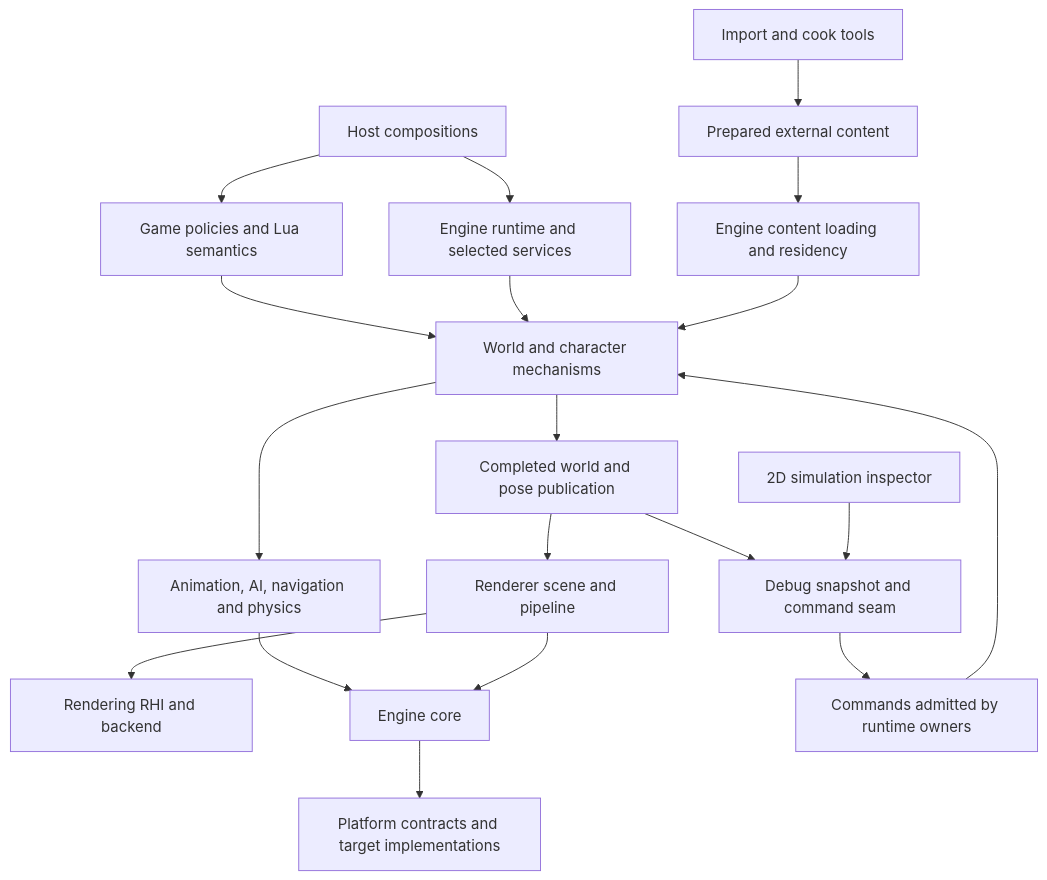
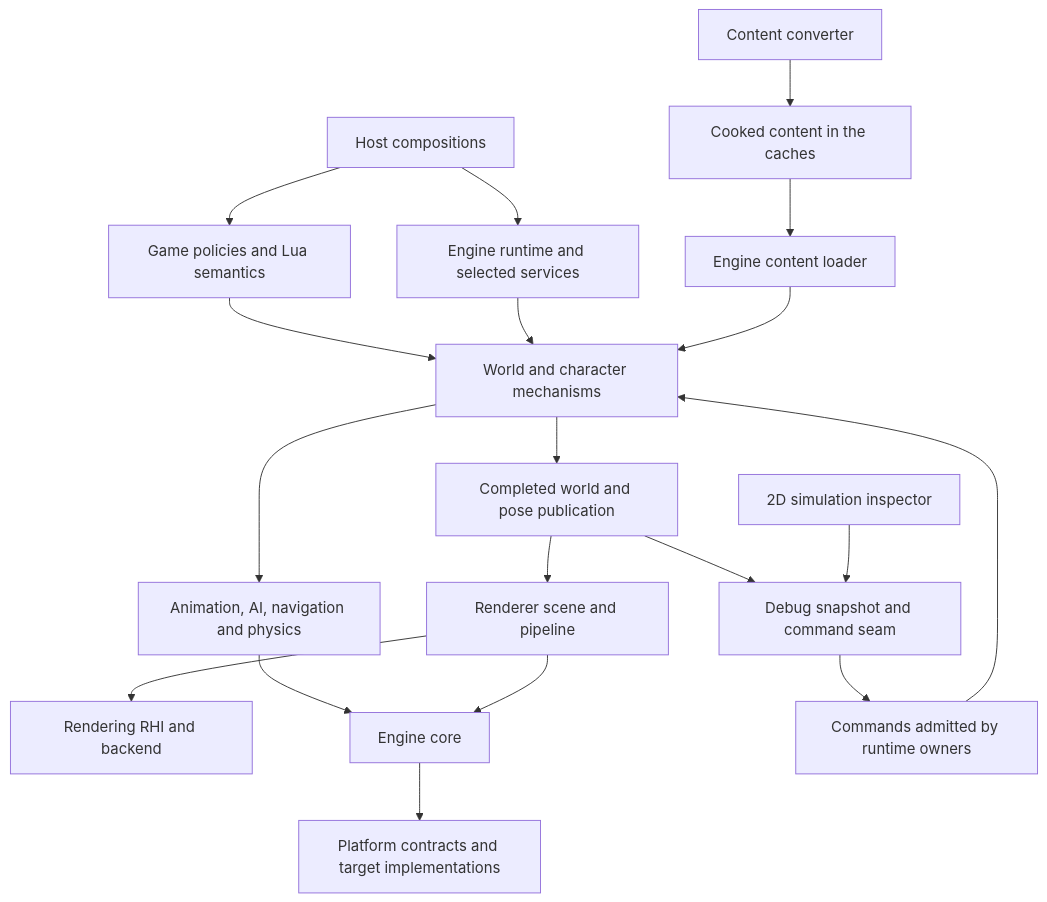
The diagram in docs/architecture/source-layout.md (plainsight-systems/bullet-witch), drawn with Mermaid before and after one commit. The commit also changed other lines of this file and 3 other files, not shown here.

First line of the commit message:
Add the content architecture

````diff
--- a/docs/architecture/source-layout.md
+++ b/docs/architecture/source-layout.md
@@ -102,21 +101,21 @@
 ```mermaid
 flowchart TD
     Hosts[Host compositions] --> Game[Game policies and Lua semantics]
     Hosts --> Runtime[Engine runtime and selected services]
     Game --> World[World and character mechanisms]
     Runtime --> World
     World --> Services[Animation, AI, navigation and physics]
     World --> Publication[Completed world and pose publication]
     Publication --> Renderer[Renderer scene and pipeline]
     Renderer --> RHI[Rendering RHI and backend]
     Services --> Core[Engine core]
     Renderer --> Core
     Core --> Platform[Platform contracts and target implementations]
-    Import[Import and cook tools] --> Prepared[Prepared external content]
-    Prepared --> Content[Engine content loading and residency]
+    Import[Content converter] --> Prepared[Cooked content in the caches]
+    Prepared --> Content[Engine content loader]
     Content --> World
     Publication --> Development[Debug snapshot and command seam]
     Inspector[2D simulation inspector] --> Development
     Development --> Commands[Commands admitted by runtime owners]
     Commands --> World
 ```
````
